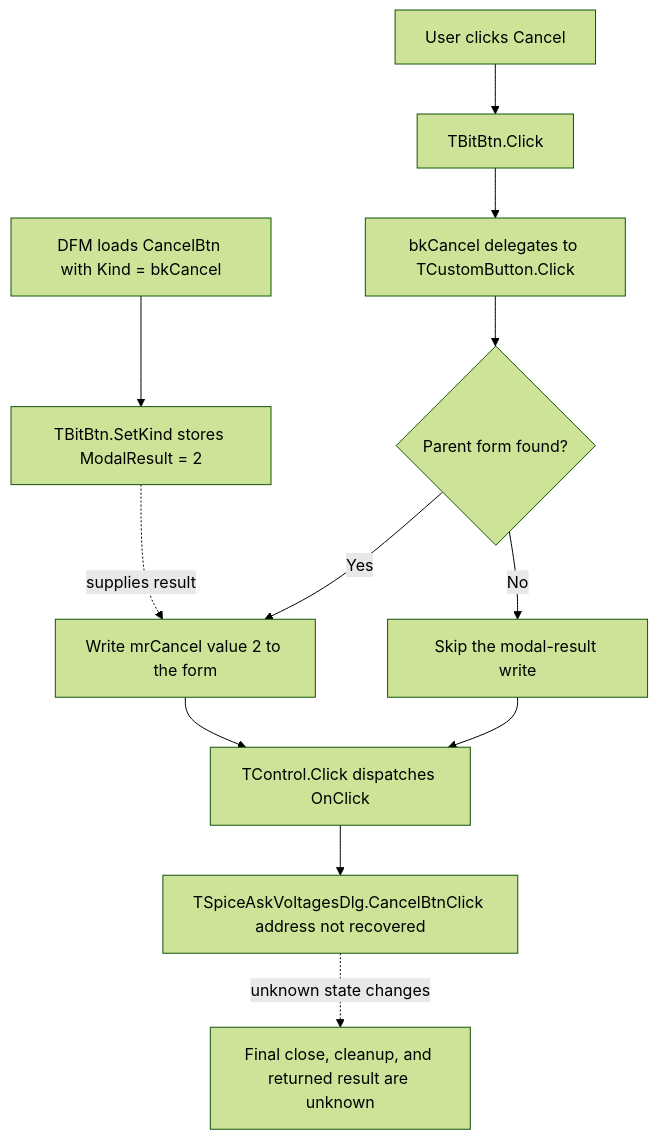
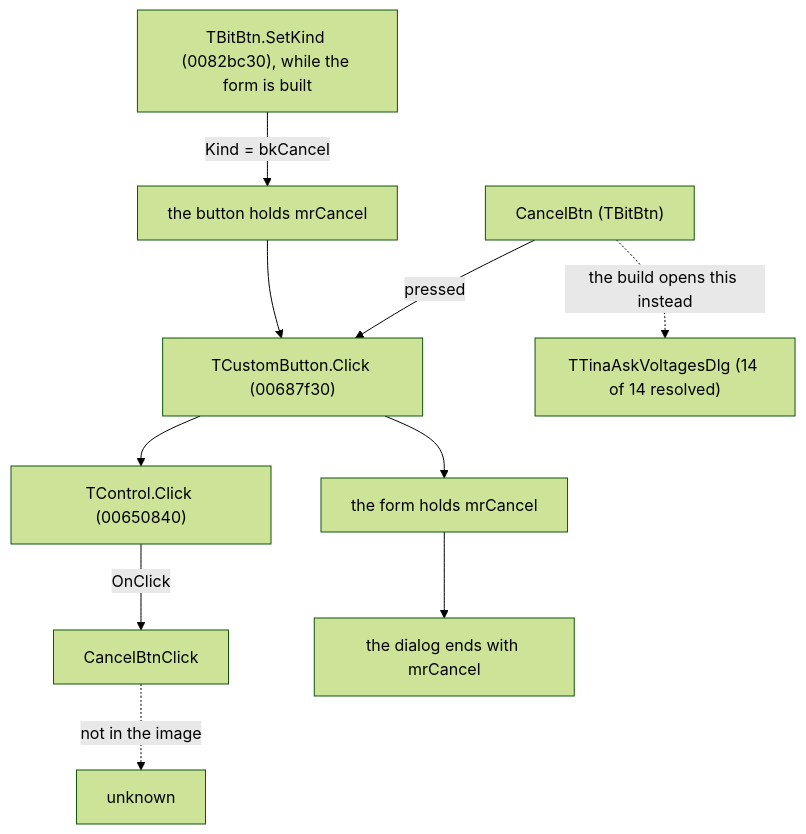
One commit to MovGP0/TIARA changed the diagram in docs/ui-controls/spiceaskvoltagesdlg/cancelbtn-f8c5bf57db.md. Above: the diagram before and after it, drawn with Mermaid (forest theme). The commit also changed other lines of this file and 106 other files, not shown here.

````diff
--- a/docs/ui-controls/spiceaskvoltagesdlg/cancelbtn-f8c5bf57db.md
+++ b/docs/ui-controls/spiceaskvoltagesdlg/cancelbtn-f8c5bf57db.md
@@ -37,14 +31,15 @@
 ```mermaid
 flowchart TD
-    resource["DFM loads CancelBtn with Kind = bkCancel"] --> kindSetter["TBitBtn.SetKind stores ModalResult = 2"]
-    click["User clicks Cancel"] --> bitClick["TBitBtn.Click"]
-    bitClick --> inherited["bkCancel delegates to TCustomButton.Click"]
-    inherited --> parent{"Parent form found?"}
-    parent -->|Yes| request["Write mrCancel value 2 to the form"]
-    parent -->|No| noRequest["Skip the modal-result write"]
-    request --> dispatch["TControl.Click dispatches OnClick"]
-    noRequest --> dispatch
-    kindSetter -. supplies result .-> request
-    dispatch --> custom["TSpiceAskVoltagesDlg.CancelBtnClick address not recovered"]
-    custom -. unknown state changes .-> outcome["Final close, cleanup, and returned result are unknown"]
+    control["CancelBtn (TBitBtn)"]
+    handler["CancelBtnClick"]
+    setkind["TBitBtn.SetKind (0082bc30), while the form is built"]
+    setkind -->|"Kind = bkCancel"| held["the button holds mrCancel"]
+    control -->|"pressed"| press["TCustomButton.Click (00687f30)"]
+    held --> press
+    press --> onform["the form holds mrCancel"]
+    press --> dispatch["TControl.Click (00650840)"]
+    dispatch -->|"OnClick"| handler
+    onform --> close["the dialog ends with mrCancel"]
+    handler -.->|"not in the image"| gone["unknown"]
+    control -.->|"the build opens this instead"| modern["TTinaAskVoltagesDlg (14 of 14 resolved)"]
 ```
````
